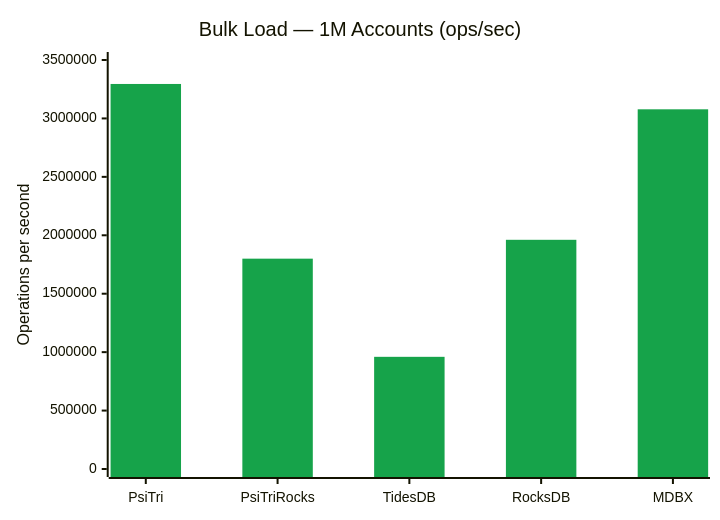
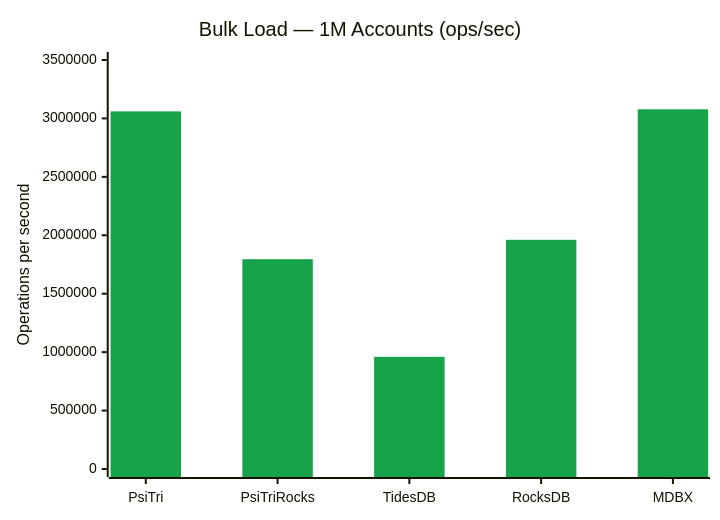
Before and after one commit to gofractally/arbtrie: the second of 8 diagrams in programs/BANK_BENCHMARK.md, drawn with Mermaid. The commit also changed other lines of this file and 1 other file, not shown here.

````diff
--- a/programs/BANK_BENCHMARK.md
+++ b/programs/BANK_BENCHMARK.md
@@ -90,8 +90,8 @@
 ```mermaid
 %%{init: {'theme': 'base', 'themeVariables': {'xyChart': {'plotColorPalette': '#16A34A'}}}}%%
 xychart-beta
     title "Bulk Load — 1M Accounts (ops/sec)"
     x-axis ["PsiTri", "PsiTriRocks", "TidesDB", "RocksDB", "MDBX"]
     y-axis "Operations per second" 0 --> 3500000
-    bar [3294905, 1799931, 959912, 1961333, 3078055]
+    bar [3060276, 1795315, 959912, 1961333, 3078055]
 ```
````
